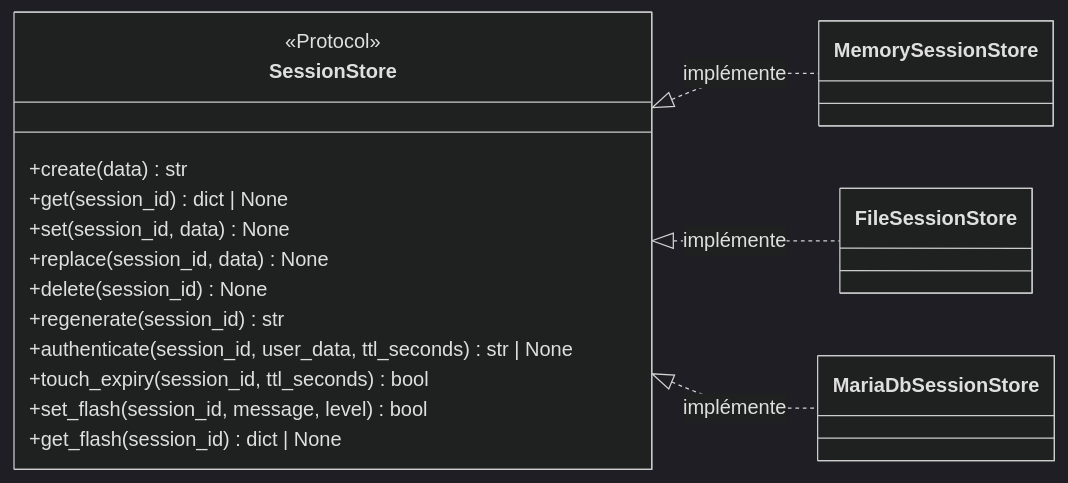
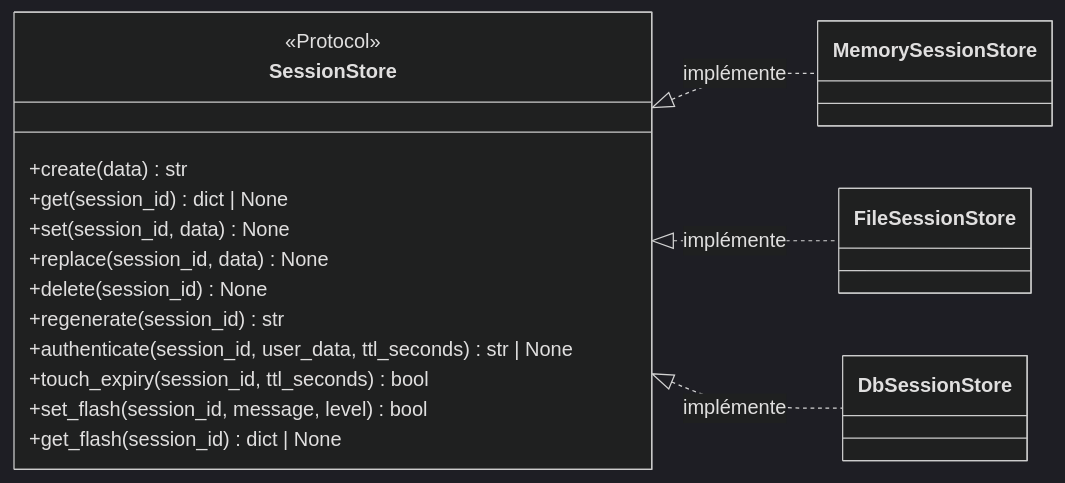
The diagram in core/sessions/docs/contract.md (caucrogeGit/Forge), drawn with Mermaid (dark theme) before and after one commit. The commit also changed other lines of this file and 42 other files, not shown here.

````diff
--- a/core/sessions/docs/contract.md
+++ b/core/sessions/docs/contract.md
@@ -39,26 +39,26 @@
 ```mermaid
 classDiagram
     direction LR
 
     class SessionStore {
         <<Protocol>>
         +create(data) str
         +get(session_id) dict | None
         +set(session_id, data) None
         +replace(session_id, data) None
         +delete(session_id) None
         +regenerate(session_id) str
         +authenticate(session_id, user_data, ttl_seconds) str | None
         +touch_expiry(session_id, ttl_seconds) bool
         +set_flash(session_id, message, level) bool
         +get_flash(session_id) dict | None
     }
 
     class MemorySessionStore
     class FileSessionStore
-    class MariaDbSessionStore
+    class DbSessionStore
 
     SessionStore <|.. MemorySessionStore : implémente
     SessionStore <|.. FileSessionStore : implémente
-    SessionStore <|.. MariaDbSessionStore : implémente
+    SessionStore <|.. DbSessionStore : implémente
 ```
````
